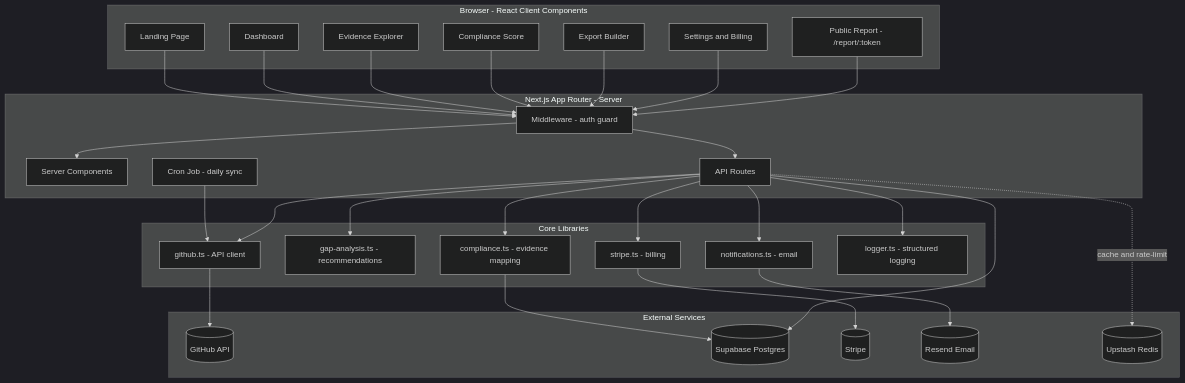
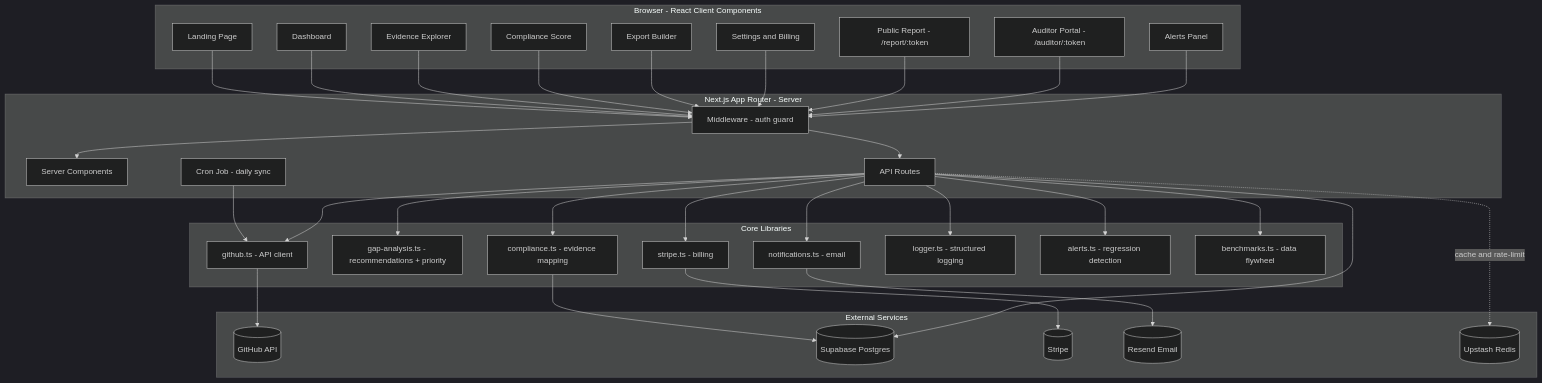
Before and after one commit to JohnJohnW/audittrail-dev: the fifth of 16 diagrams in README.md, drawn with Mermaid (dark theme). The commit also changed other lines of this file, not shown here.

````diff
--- a/README.md
+++ b/README.md
@@ -143,47 +235,51 @@
 ```mermaid
 graph TB
     subgraph Client ["Browser - React Client Components"]
         LP[Landing Page]
         DB[Dashboard]
         EV[Evidence Explorer]
         CO[Compliance Score]
         EX[Export Builder]
         ST["Settings and Billing"]
         PR["Public Report - /report/:token"]
+        AP["Auditor Portal - /auditor/:token"]
+        AL["Alerts Panel"]
     end
 
     subgraph Server ["Next.js App Router - Server"]
         MW["Middleware - auth guard"]
         SC["Server Components"]
         AR["API Routes"]
         CJ["Cron Job - daily sync"]
     end
 
     subgraph Lib ["Core Libraries"]
         CE["compliance.ts - evidence mapping"]
-        GA["gap-analysis.ts - recommendations"]
+        GA["gap-analysis.ts - recommendations + priority"]
         GH["github.ts - API client"]
         NF["notifications.ts - email"]
         SL["stripe.ts - billing"]
         LG["logger.ts - structured logging"]
+        AL2["alerts.ts - regression detection"]
+        BM["benchmarks.ts - data flywheel"]
     end
 
     subgraph Ext ["External Services"]
         GitHub[(GitHub API)]
         Supa[(Supabase Postgres)]
         Stripe[(Stripe)]
         Resend[(Resend Email)]
         Redis[(Upstash Redis)]
     end
 
-    LP & DB & EV & CO & EX & ST & PR --> MW
+    LP & DB & EV & CO & EX & ST & PR & AP & AL --> MW
     MW --> SC & AR
     CJ --> GH
-    AR --> CE & GA & GH & NF & SL & LG
+    AR --> CE & GA & GH & NF & SL & LG & AL2 & BM
     GH --> GitHub
     CE --> Supa
     AR --> Supa
     SL --> Stripe
     NF --> Resend
     AR -.->|cache and rate-limit| Redis
 ```
````
